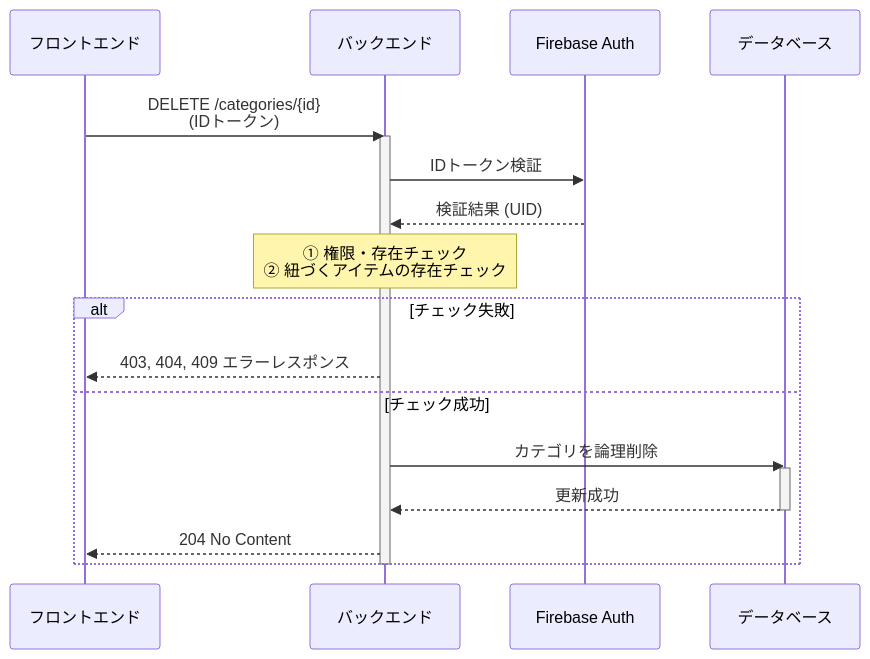
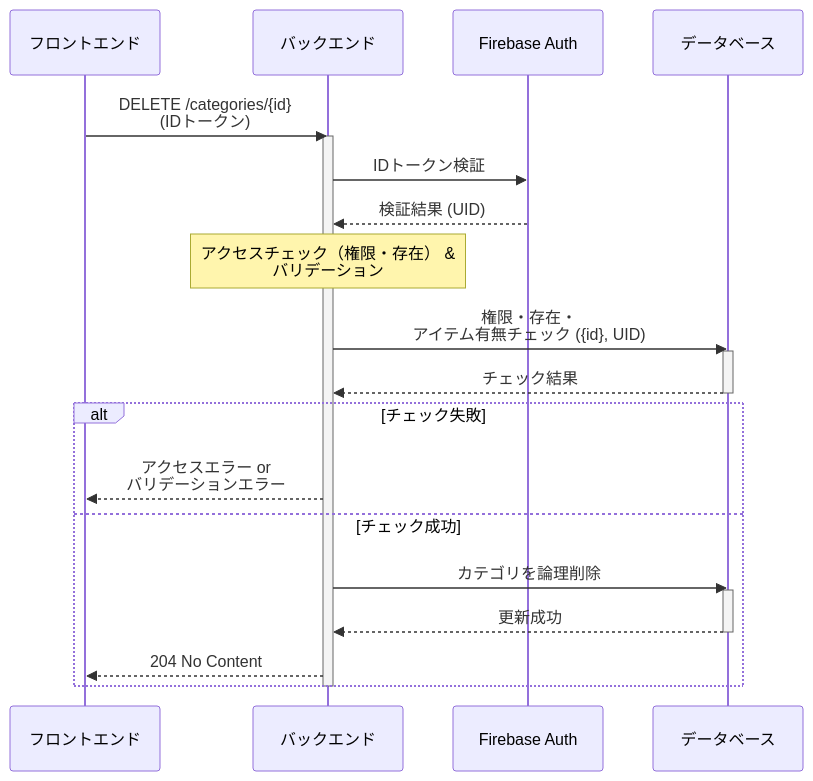
One commit to miki-hayashi-71/inventory-api changed the fifth of 9 diagrams in doc/seaquence.md. Above: the diagram before and after it, drawn with Mermaid. The commit also changed other lines of this file, not shown here.

Commit message:
docs: Update sequence diagram

````diff
--- a/doc/seaquence.md
+++ b/doc/seaquence.md
@@ -116,25 +142,30 @@
 ```mermaid
 sequenceDiagram
     participant フロントエンド
     participant バックエンド
     participant Firebase Auth
     participant データベース
 
     フロントエンド->>バックエンド: DELETE /categories/{id} <br> (IDトークン)
     activate バックエンド
     バックエンド->>Firebase Auth: IDトークン検証
     Firebase Auth-->>バックエンド: 検証結果 (UID)
 
-    note over バックエンド: ① 権限・存在チェック <br> ② 紐づくアイテムの存在チェック
+    note over バックエンド: アクセスチェック（権限・存在） & <br> バリデーション
+    バックエンド->>データベース: 権限・存在・ <br> アイテム有無チェック ({id}, UID)
+    activate データベース
+    データベース-->>バックエンド: チェック結果
+    deactivate データベース
 
     alt チェック失敗
-        バックエンド-->>フロントエンド: 403, 404, 409 エラーレスポンス
+        バックエンド-->>フロントエンド: アクセスエラー or <br> バリデーションエラー
     else チェック成功
         バックエンド->>データベース: カテゴリを論理削除
         activate データベース
         データベース-->>バックエンド: 更新成功
         deactivate データベース
         バックエンド-->>フロントエンド: 204 No Content
     end
     deactivate バックエンド
+
 ```
````
